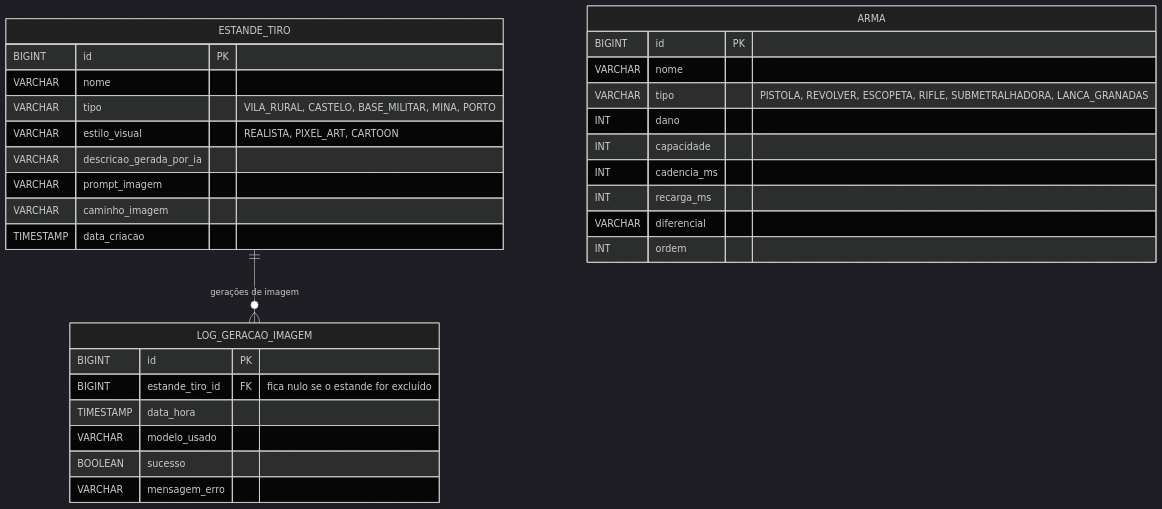
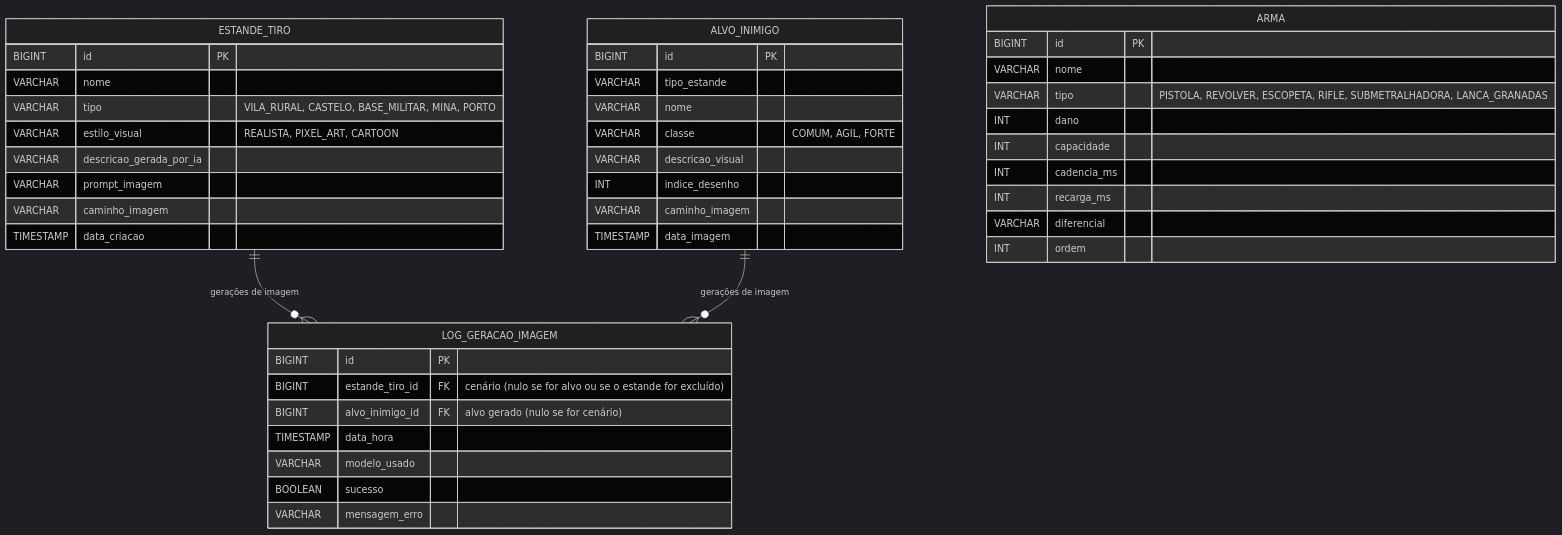
Before and after one commit to Eduudc16/estande-tiro-ia: the diagram in README.md, drawn with Mermaid (dark theme). The commit also changed other lines of this file and 31 other files, not shown here.

````diff
--- a/README.md
+++ b/README.md
@@ -208,33 +223,45 @@
 ```mermaid
 erDiagram
     ESTANDE_TIRO ||--o{ LOG_GERACAO_IMAGEM : "gerações de imagem"
+    ALVO_INIMIGO ||--o{ LOG_GERACAO_IMAGEM : "gerações de imagem"
+    ALVO_INIMIGO {
+        BIGINT id PK
+        VARCHAR tipo_estande
+        VARCHAR nome
+        VARCHAR classe "COMUM, AGIL, FORTE"
+        VARCHAR descricao_visual
+        INT indice_desenho
+        VARCHAR caminho_imagem
+        TIMESTAMP data_imagem
+    }
     ESTANDE_TIRO {
         BIGINT id PK
         VARCHAR nome
         VARCHAR tipo "VILA_RURAL, CASTELO, BASE_MILITAR, MINA, PORTO"
         VARCHAR estilo_visual "REALISTA, PIXEL_ART, CARTOON"
         VARCHAR descricao_gerada_por_ia
         VARCHAR prompt_imagem
         VARCHAR caminho_imagem
         TIMESTAMP data_criacao
     }
     LOG_GERACAO_IMAGEM {
         BIGINT id PK
-        BIGINT estande_tiro_id FK "fica nulo se o estande for excluído"
+        BIGINT estande_tiro_id FK "cenário (nulo se for alvo ou se o estande for excluído)"
+        BIGINT alvo_inimigo_id FK "alvo gerado (nulo se for cenário)"
         TIMESTAMP data_hora
         VARCHAR modelo_usado
         BOOLEAN sucesso
         VARCHAR mensagem_erro
     }
     ARMA {
         BIGINT id PK
         VARCHAR nome
         VARCHAR tipo "PISTOLA, REVOLVER, ESCOPETA, RIFLE, SUBMETRALHADORA, LANCA_GRANADAS"
         INT dano
         INT capacidade
         INT cadencia_ms
         INT recarga_ms
         VARCHAR diferencial
         INT ordem
     }
 ```
````
